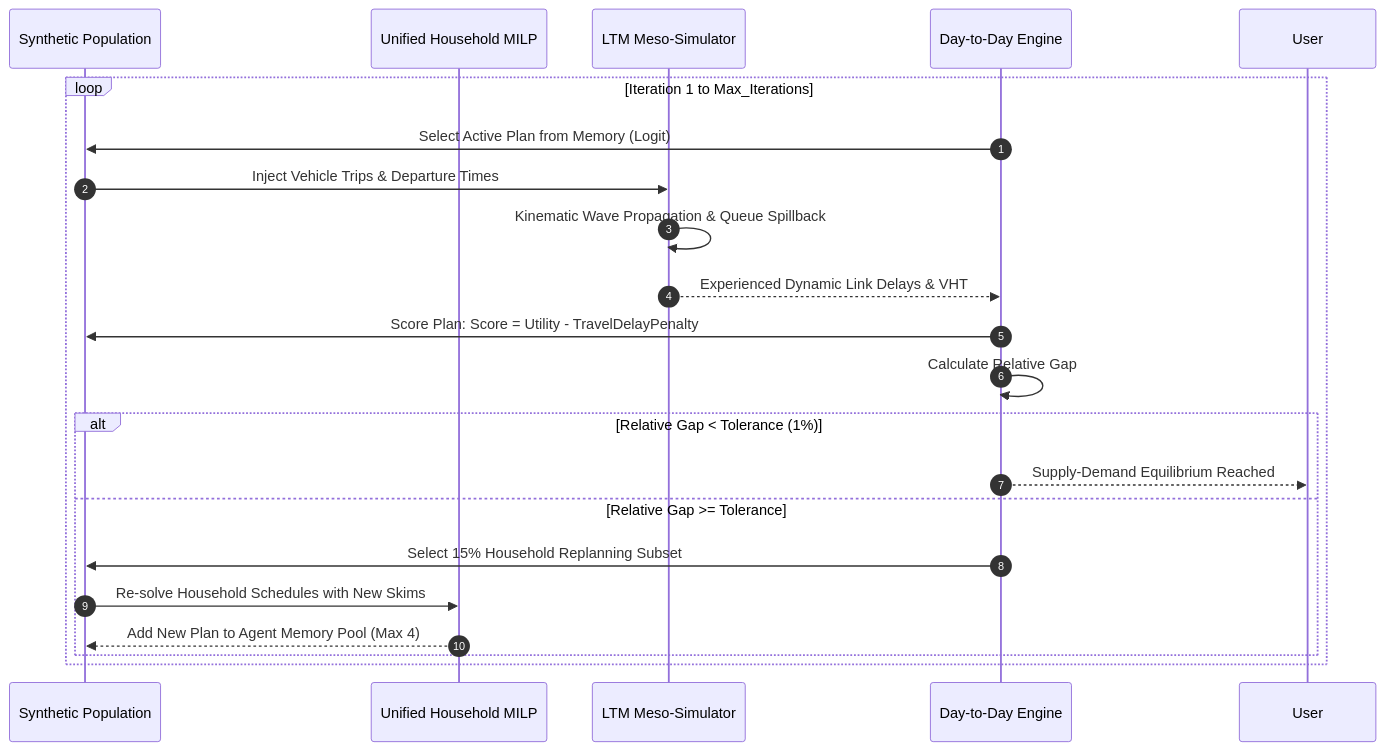
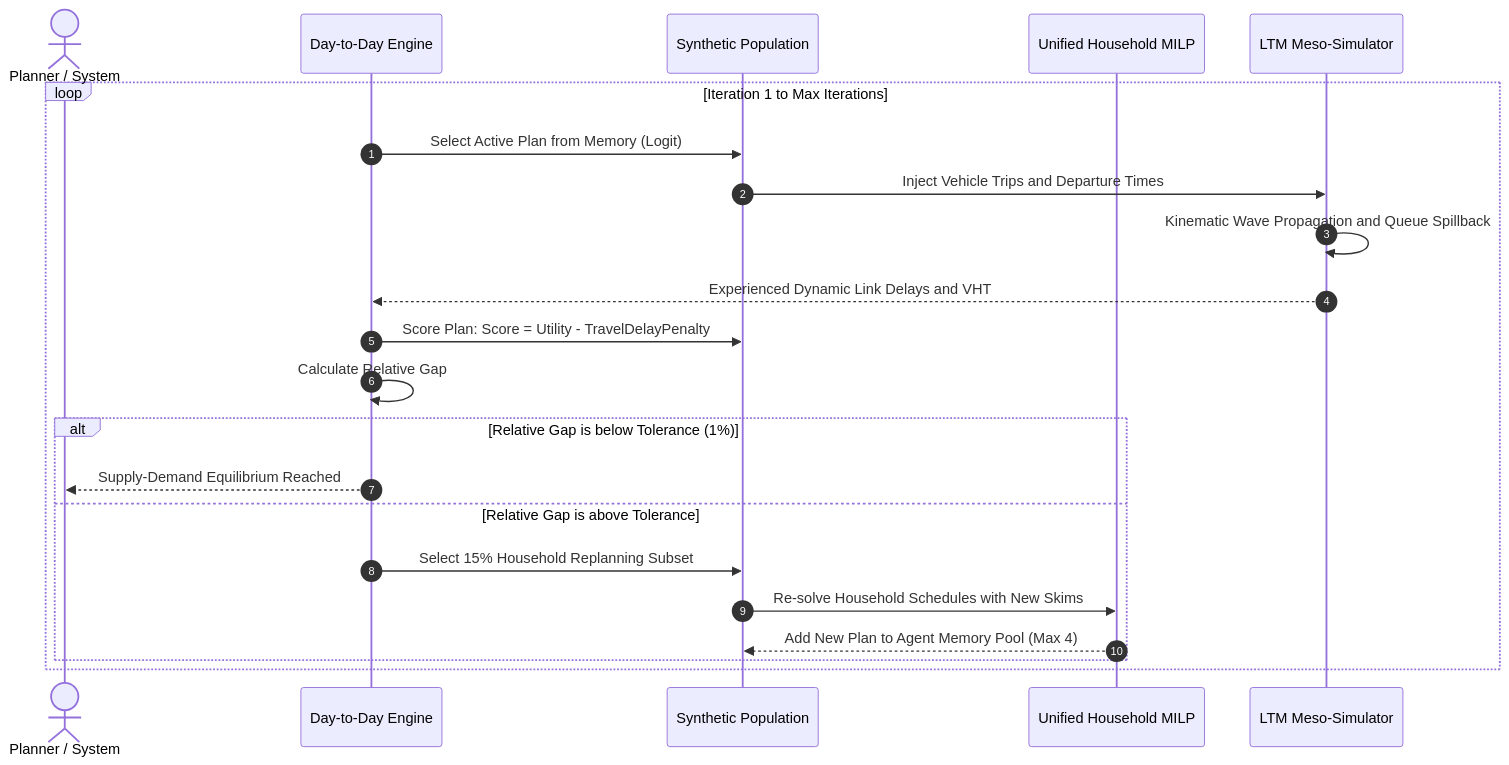
The sixth of 6 diagrams in technical_features.md (rskris/nextgen_abm), drawn with Mermaid before and after one commit. The commit also changed other lines of this file and 1 other file, not shown here.

Commit message:
fix(docs): Repair Mermaid diagram syntax and flowcharts across documentation

````diff
--- a/technical_features.md
+++ b/technical_features.md
@@ -435,24 +445,25 @@
 ```mermaid
 sequenceDiagram
     autonumber
+    actor User as Planner / System
+    participant Engine as Day-to-Day Engine
     participant Pop as Synthetic Population
     participant MILP as Unified Household MILP
     participant Meso as LTM Meso-Simulator
-    participant Engine as Day-to-Day Engine
 
-    loop Iteration 1 to Max_Iterations
+    loop Iteration 1 to Max Iterations
         Engine->>Pop: Select Active Plan from Memory (Logit)
-        Pop->>Meso: Inject Vehicle Trips & Departure Times
-        Meso->>Meso: Kinematic Wave Propagation & Queue Spillback
-        Meso-->>Engine: Experienced Dynamic Link Delays & VHT
+        Pop->>Meso: Inject Vehicle Trips and Departure Times
+        Meso->>Meso: Kinematic Wave Propagation and Queue Spillback
+        Meso-->>Engine: Experienced Dynamic Link Delays and VHT
         Engine->>Pop: Score Plan: Score = Utility - TravelDelayPenalty
         Engine->>Engine: Calculate Relative Gap
-        alt Relative Gap < Tolerance (1%)
+        alt Relative Gap is below Tolerance (1%)
             Engine-->>User: Supply-Demand Equilibrium Reached
-        else Relative Gap >= Tolerance
+        else Relative Gap is above Tolerance
             Engine->>Pop: Select 15% Household Replanning Subset
             Pop->>MILP: Re-solve Household Schedules with New Skims
             MILP-->>Pop: Add New Plan to Agent Memory Pool (Max 4)
         end
     end
 ```
````
